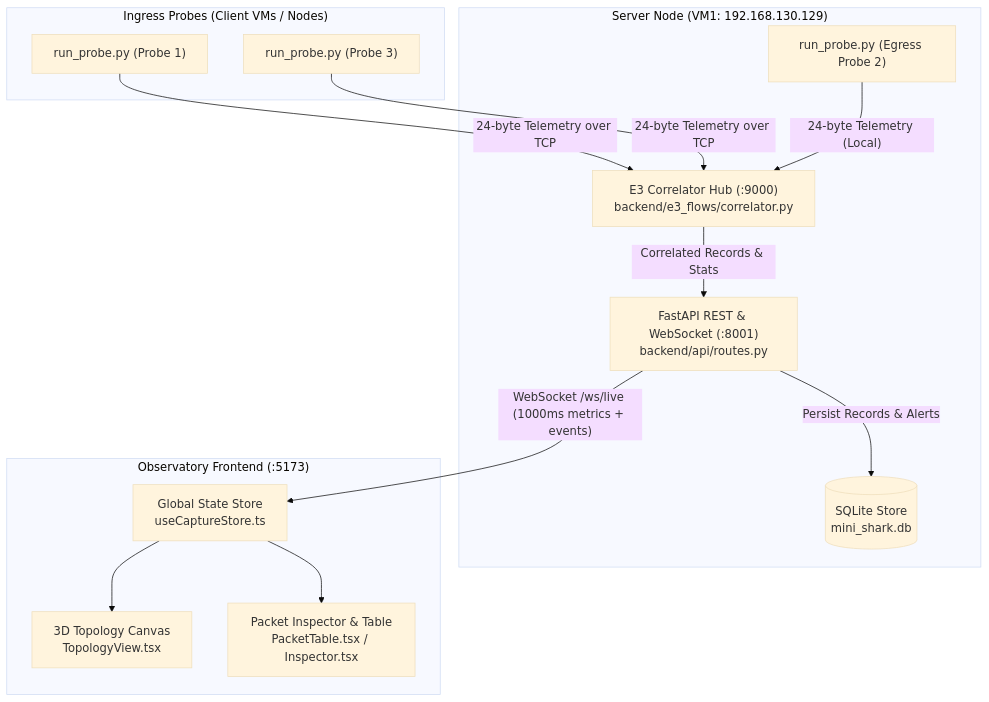
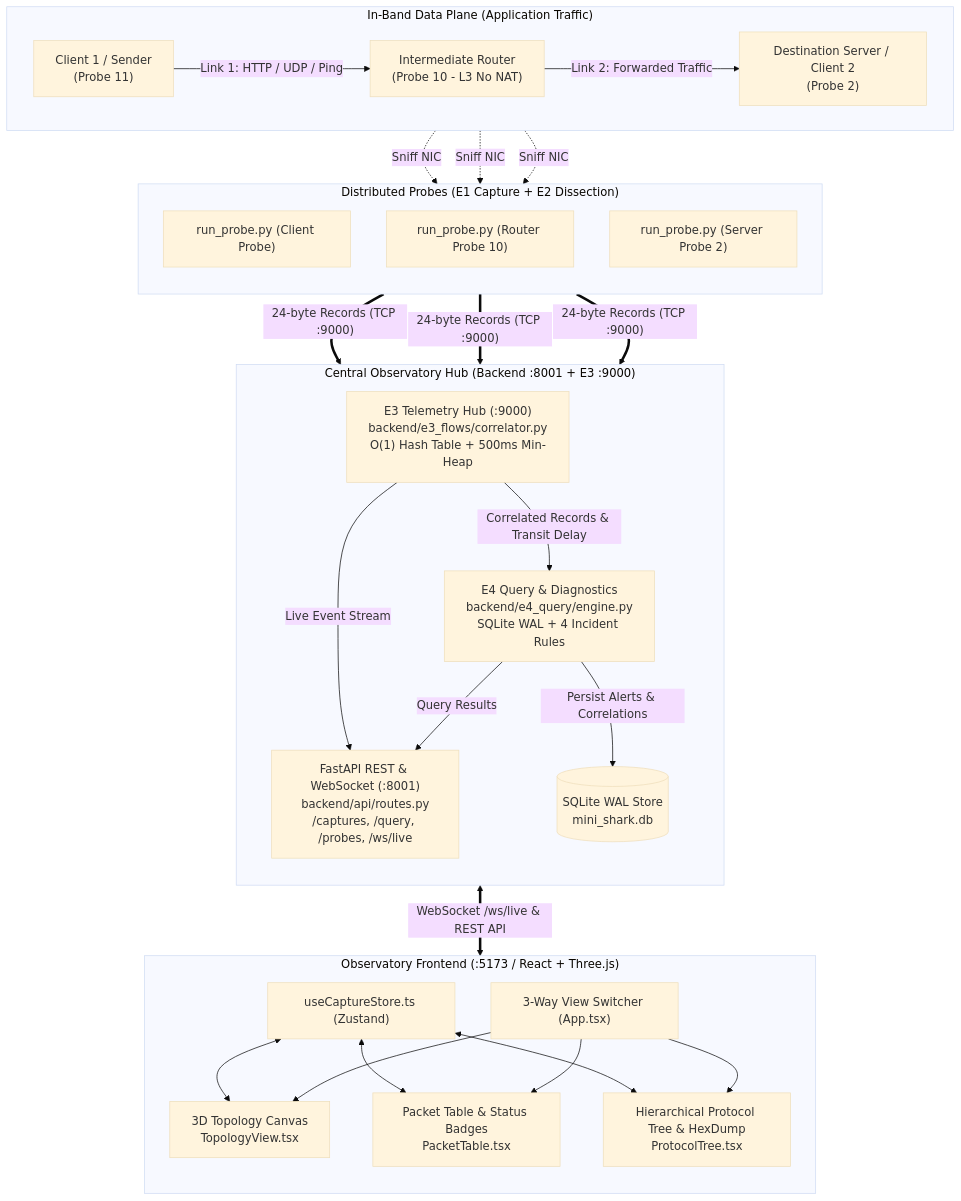
The diagram in CODEBASE_ARCHITECTURE.md (HrishiiLit/Mini_Shark), drawn with Mermaid (base theme) before and after one commit. The commit also changed other lines of this file and 8 other files, not shown here.

Commit message:
docs: clean unwanted files and comprehensively define system architecture and contracts

````diff
--- a/CODEBASE_ARCHITECTURE.md
+++ b/CODEBASE_ARCHITECTURE.md
@@ -7,29 +11,57 @@
 ```mermaid
 flowchart TD
-    subgraph Ingress Probes ["Ingress Probes (Client VMs / Nodes)"]
-        P1["run_probe.py (Probe 1)"]
-        P3["run_probe.py (Probe 3)"]
+    subgraph DataPlane ["In-Band Data Plane (Application Traffic)"]
+        direction LR
+        C1["Client 1 / Sender\n(Probe 11)"]
+        Router["Intermediate Router\n(Probe 10 - L3 No NAT)"]
+        Server["Destination Server / Client 2\n(Probe 2)"]
+        C1 -- "Link 1: HTTP / UDP / Ping" --> Router
+        Router -- "Link 2: Forwarded Traffic" --> Server
     end
 
-    subgraph Central Hub ["Server Node (VM1: 192.168.130.129)"]
-        E3Server["E3 Correlator Hub (:9000)\nbackend/e3_flows/correlator.py"]
-        FastAPI["FastAPI REST & WebSocket (:8001)\nbackend/api/routes.py"]
-        SQLite[("SQLite Store\nmini_shark.db")]
-        P2["run_probe.py (Egress Probe 2)"]
+    subgraph Probes ["Distributed Probes (E1 Capture + E2 Dissection)"]
+        direction TB
+        P1["run_probe.py (Client Probe)"]
+        PR["run_probe.py (Router Probe 10)"]
+        P2["run_probe.py (Server Probe 2)"]
     end
 
-    subgraph Frontend Dashboard ["Observatory Frontend (:5173)"]
-        ThreeCanvas["3D Topology Canvas\nTopologyView.tsx"]
-        Table["Packet Inspector & Table\nPacketTable.tsx / Inspector.tsx"]
-        Zustand["Global State Store\nuseCaptureStore.ts"]
+    C1 -. "Sniff NIC" .-> P1
+    Router -. "Sniff NIC" .-> PR
+    Server -. "Sniff NIC" .-> P2
+
+    subgraph CentralHub ["Central Observatory Hub (Backend :8001 + E3 :9000)"]
+        direction TB
+        E3["E3 Telemetry Hub (:9000)\nbackend/e3_flows/correlator.py\nO(1) Hash Table + 500ms Min-Heap"]
+        E4["E4 Query & Diagnostics\nbackend/e4_query/engine.py\nSQLite WAL + 4 Incident Rules"]
+        FastAPI["FastAPI REST & WebSocket (:8001)\nbackend/api/routes.py\n/captures, /query, /probes, /ws/live"]
+        DB[("SQLite WAL Store\nmini_shark.db")]
+
+        E3 -->|"Correlated Records & Transit Delay"| E4
+        E3 -->|"Live Event Stream"| FastAPI
+        E4 -->|"Persist Alerts & Correlations"| DB
+        E4 -->|"Query Results"| FastAPI
     end
 
-    P1 -- "24-byte Telemetry over TCP" --> E3Server
-    P3 -- "24-byte Telemetry over TCP" --> E3Server
-    P2 -- "24-byte Telemetry (Local)" --> E3Server
-    E3Server -- "Correlated Records & Stats" --> FastAPI
-    FastAPI -- "Persist Records & Alerts" --> SQLite
-    FastAPI -- "WebSocket /ws/live (1000ms metrics + events)" --> Zustand
-    Zustand --> ThreeCanvas
-    Zustand --> Table
+    P1 == "24-byte Records (TCP :9000)" ==> E3
+    PR == "24-byte Records (TCP :9000)" ==> E3
+    P2 == "24-byte Records (TCP :9000)" ==> E3
+
+    subgraph Frontend ["Observatory Frontend (:5173 / React + Three.js)"]
+        direction TB
+        Store["useCaptureStore.ts (Zustand)"]
+        ViewSwitcher["3-Way View Switcher (App.tsx)"]
+        ThreeCanvas["3D Topology Canvas\nTopologyView.tsx"]
+        Table["Packet Table & Status Badges\nPacketTable.tsx"]
+        Tree["Hierarchical Protocol Tree & HexDump\nProtocolTree.tsx"]
+
+        Store <--> ThreeCanvas
+        Store <--> Table
+        Store <--> Tree
+        ViewSwitcher --> ThreeCanvas
+        ViewSwitcher --> Table
+        ViewSwitcher --> Tree
+    end
+
+    FastAPI <== "WebSocket /ws/live & REST API" ==> Store
 ```
````
